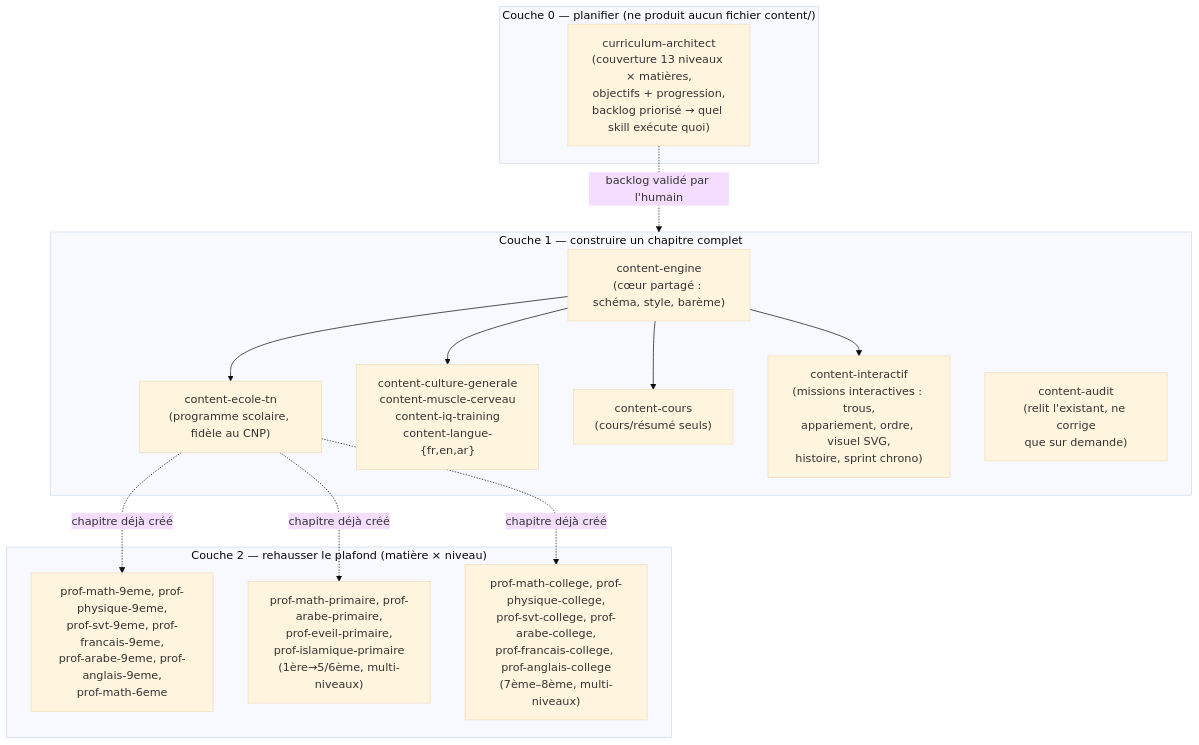
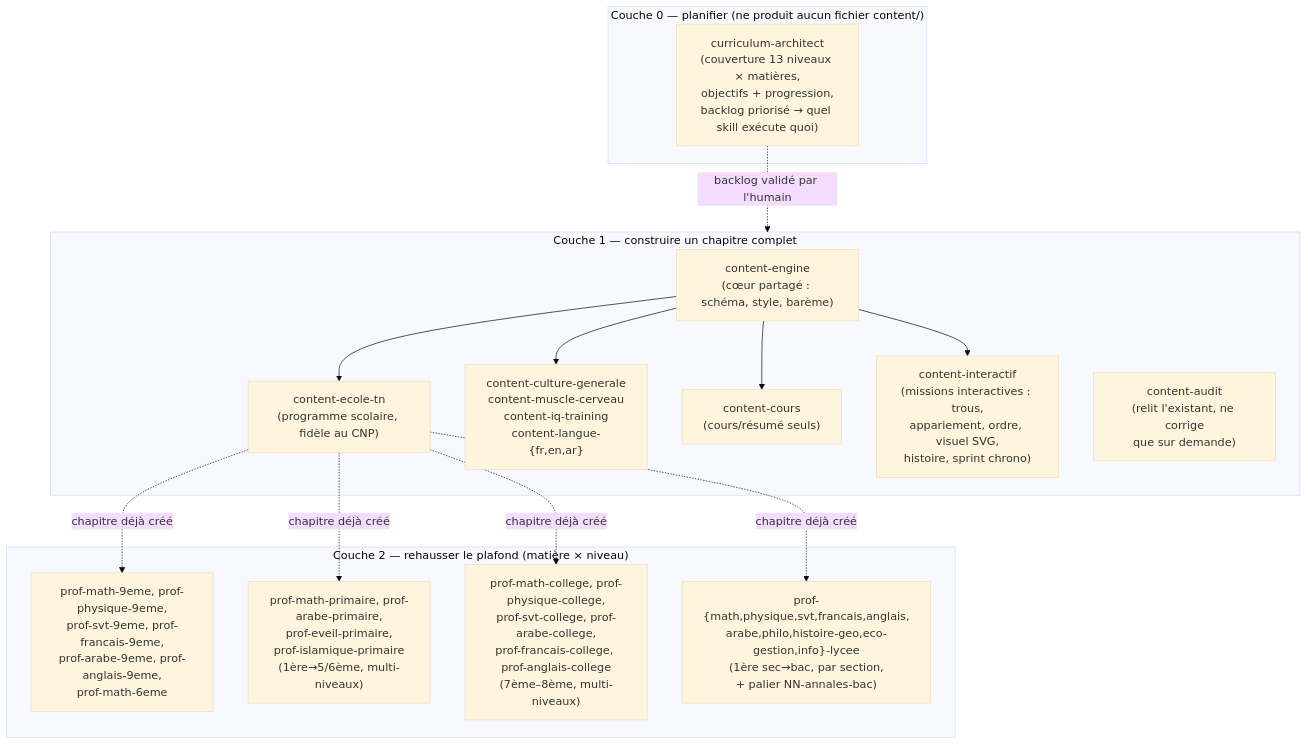
The fourth of 10 diagrams in docs/content-generation-pipeline.md (MBeji/yahia-quest-arena), drawn with Mermaid (base theme) before and after one commit. The commit also changed other lines of this file and 15 other files, not shown here.

First line of the commit message:
feat(content-engine): lycée architecture — sections, ar→fr bridge & 10 professors

````diff
--- a/docs/content-generation-pipeline.md
+++ b/docs/content-generation-pipeline.md
@@ -130,30 +130,32 @@
 ```mermaid
 flowchart TD
     subgraph L0["Couche 0 — planifier (ne produit aucun fichier content/)"]
         CA["curriculum-architect\n(couverture 13 niveaux × matières,\nobjectifs + progression,\nbacklog priorisé → quel skill exécute quoi)"]
     end
 
     subgraph L1["Couche 1 — construire un chapitre complet"]
         CE["content-engine\n(cœur partagé : schéma, style, barème)"]
         W1["content-ecole-tn\n(programme scolaire, fidèle au CNP)"]
         W2["content-culture-generale\ncontent-muscle-cerveau\ncontent-iq-training\ncontent-langue-{fr,en,ar}"]
         W3["content-cours\n(cours/résumé seuls)"]
         W5["content-interactif\n(missions interactives : trous,\nappariement, ordre, visuel SVG,\nhistoire, sprint chrono)"]
         W4["content-audit\n(relit l'existant, ne corrige\nque sur demande)"]
         CE --> W1
         CE --> W2
         CE --> W3
         CE --> W5
     end
 
     subgraph L2["Couche 2 — rehausser le plafond (matière × niveau)"]
         P1["prof-math-9eme, prof-physique-9eme,\nprof-svt-9eme, prof-francais-9eme,\nprof-arabe-9eme, prof-anglais-9eme,\nprof-math-6eme"]
         P2["prof-math-primaire, prof-arabe-primaire,\nprof-eveil-primaire,\nprof-islamique-primaire\n(1ère→5/6ème, multi-niveaux)"]
         P3["prof-math-college, prof-physique-college,\nprof-svt-college, prof-arabe-college,\nprof-francais-college, prof-anglais-college\n(7ème–8ème, multi-niveaux)"]
+        P4["prof-{math,physique,svt,francais,anglais,\narabe,philo,histoire-geo,eco-gestion,info}-lycee\n(1ère sec→bac, par section,\n+ palier NN-annales-bac)"]
     end
 
     CA -.->|"backlog validé par l'humain"| L1
     W1 -.->|"chapitre déjà créé"| P1
     W1 -.->|"chapitre déjà créé"| P2
     W1 -.->|"chapitre déjà créé"| P3
+    W1 -.->|"chapitre déjà créé"| P4
 ```
````
